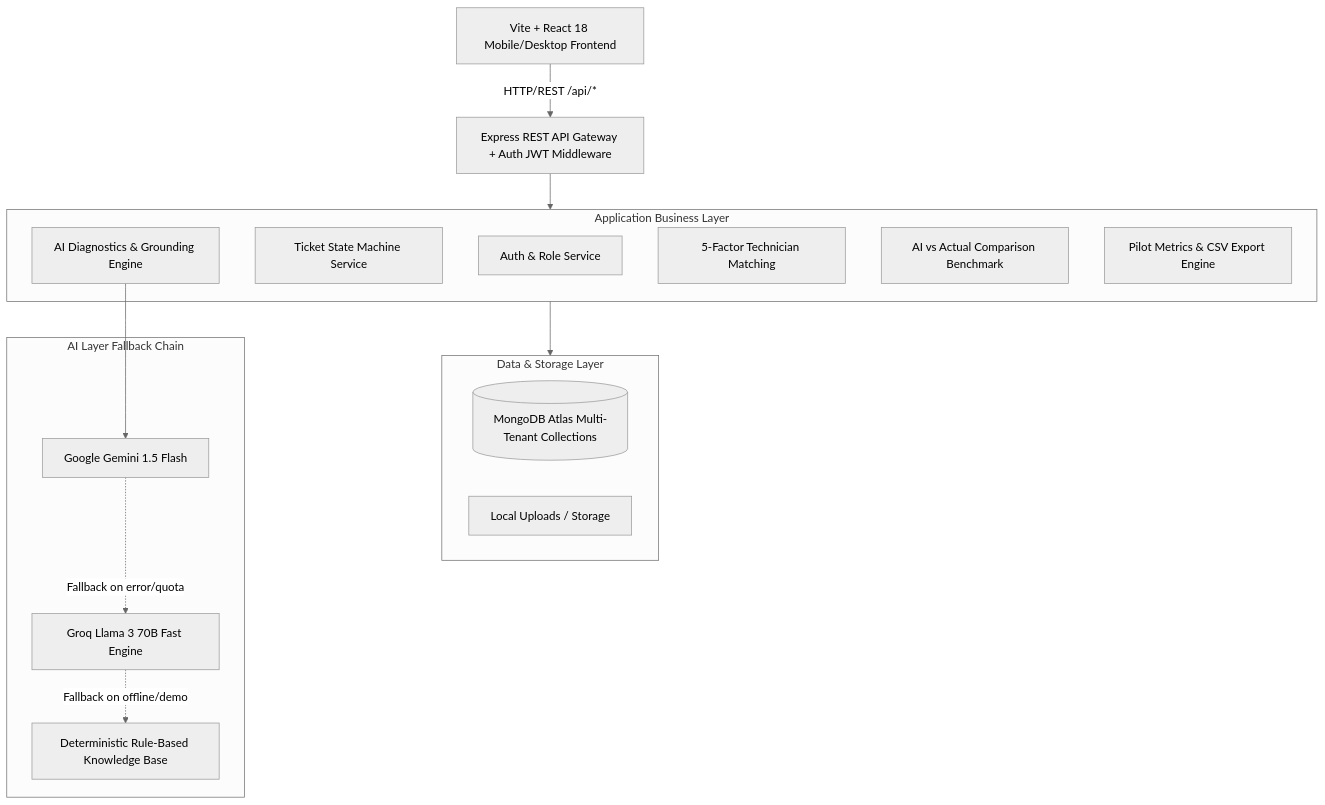
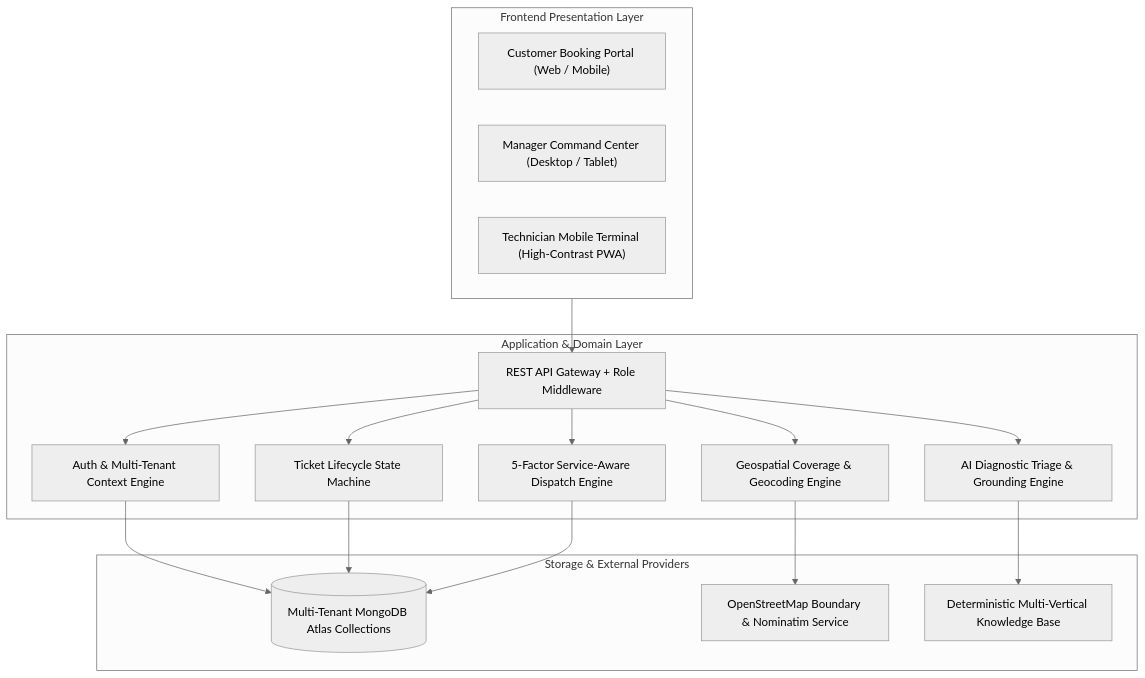
The seventh of 7 diagrams in README.md (faizkhatri196/Blank), drawn with Mermaid (neutral theme) before and after one commit. The commit also changed other lines of this file and 28 other files, not shown here.

Commit message:
commit 12: finalize Servora multi-trade platform, startup documentation, FAQ flow, and database verification

````diff
--- a/README.md
+++ b/README.md
@@ -87,32 +320,36 @@
 ```mermaid
 graph TD
-    ClientApp[Vite + React 18 Mobile/Desktop Frontend]
-    APIGateway[Express REST API Gateway + Auth JWT Middleware]
-    
-    subgraph Services [Application Business Layer]
-        AuthSvc[Auth & Role Service]
-        TicketSvc[Ticket State Machine Service]
-        AISvc[AI Diagnostics & Grounding Engine]
-        MatchSvc[5-Factor Technician Matching]
-        EvalSvc[AI vs Actual Comparison Benchmark]
-        MetricSvc[Pilot Metrics & CSV Export Engine]
-    end
-    
-    subgraph Data [Data & Storage Layer]
-        MongoDB[(MongoDB Atlas Multi-Tenant Collections)]
-        FSStorage[Local Uploads / Storage]
-    end
-    
-    subgraph AIProviders [AI Layer Fallback Chain]
-        Gemini[Google Gemini 1.5 Flash]
-        Groq[Groq Llama 3 70B Fast Engine]
-        DemoAI[Deterministic Rule-Based Knowledge Base]
+    subgraph Clients["Frontend Presentation Layer"]
+        C_Customer["Customer Booking Portal (Web / Mobile)"]
+        C_Manager["Manager Command Center (Desktop / Tablet)"]
+        C_Tech["Technician Mobile Terminal (High-Contrast PWA)"]
     end
 
-    ClientApp -->|HTTP/REST /api/*| APIGateway
-    APIGateway --> Services
-    Services --> Data
-    AISvc --> Gemini
-    Gemini -.->|Fallback on error/quota| Groq
-    Groq -.->|Fallback on offline/demo| DemoAI
+    subgraph API["Application & Domain Layer"]
+        Gateway["REST API Gateway + Role Middleware"]
+        AuthService["Auth & Multi-Tenant Context Engine"]
+        TicketService["Ticket Lifecycle State Machine"]
+        MatchService["5-Factor Service-Aware Dispatch Engine"]
+        AIEngine["AI Diagnostic Triage & Grounding Engine"]
+        LocService["Geospatial Coverage & Geocoding Engine"]
+    end
+
+    subgraph Persistence["Storage & External Providers"]
+        MongoAtlas[("Multi-Tenant MongoDB Atlas Collections")]
+        GeoProvider["OpenStreetMap Boundary & Nominatim Service"]
+        LocalEngine["Deterministic Multi-Vertical Knowledge Base"]
+    end
+
+    Clients --> Gateway
+    Gateway --> AuthService
+    Gateway --> TicketService
+    Gateway --> MatchService
+    Gateway --> AIEngine
+    Gateway --> LocService
+
+    AuthService --> MongoAtlas
+    TicketService --> MongoAtlas
+    MatchService --> MongoAtlas
+    LocService --> GeoProvider
+    AIEngine --> LocalEngine
 ```
````
